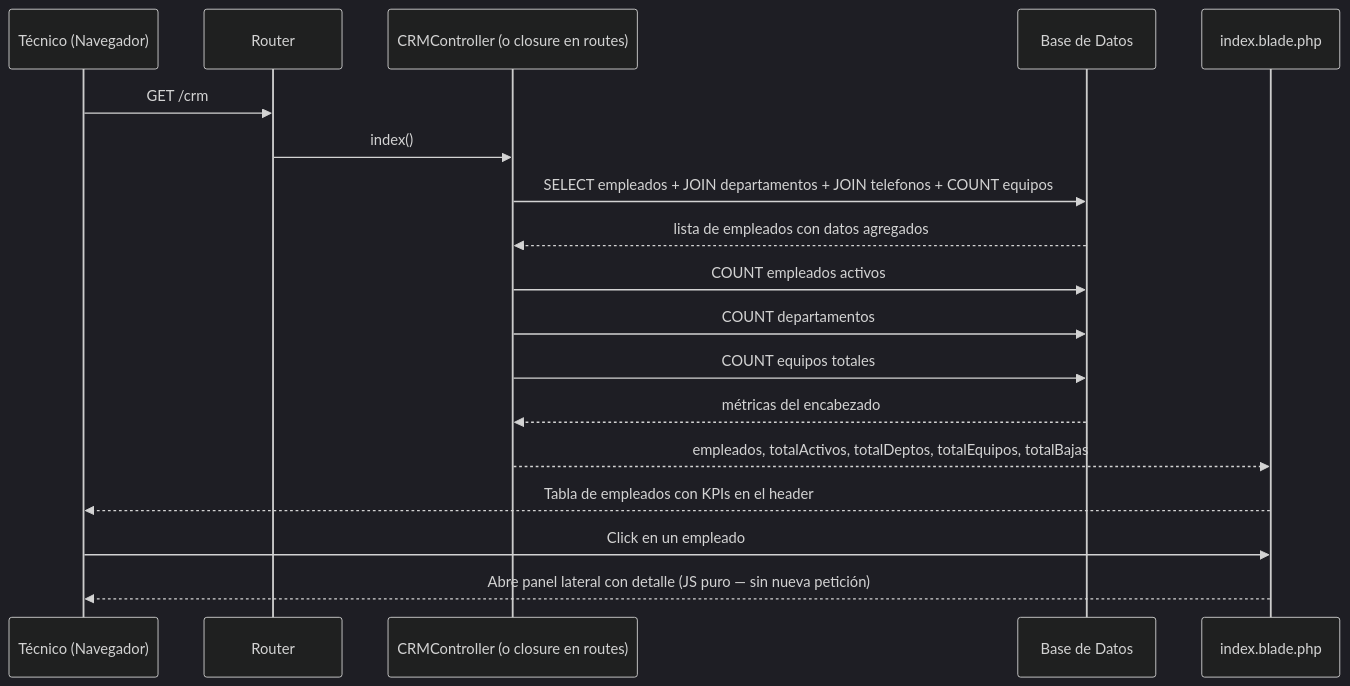
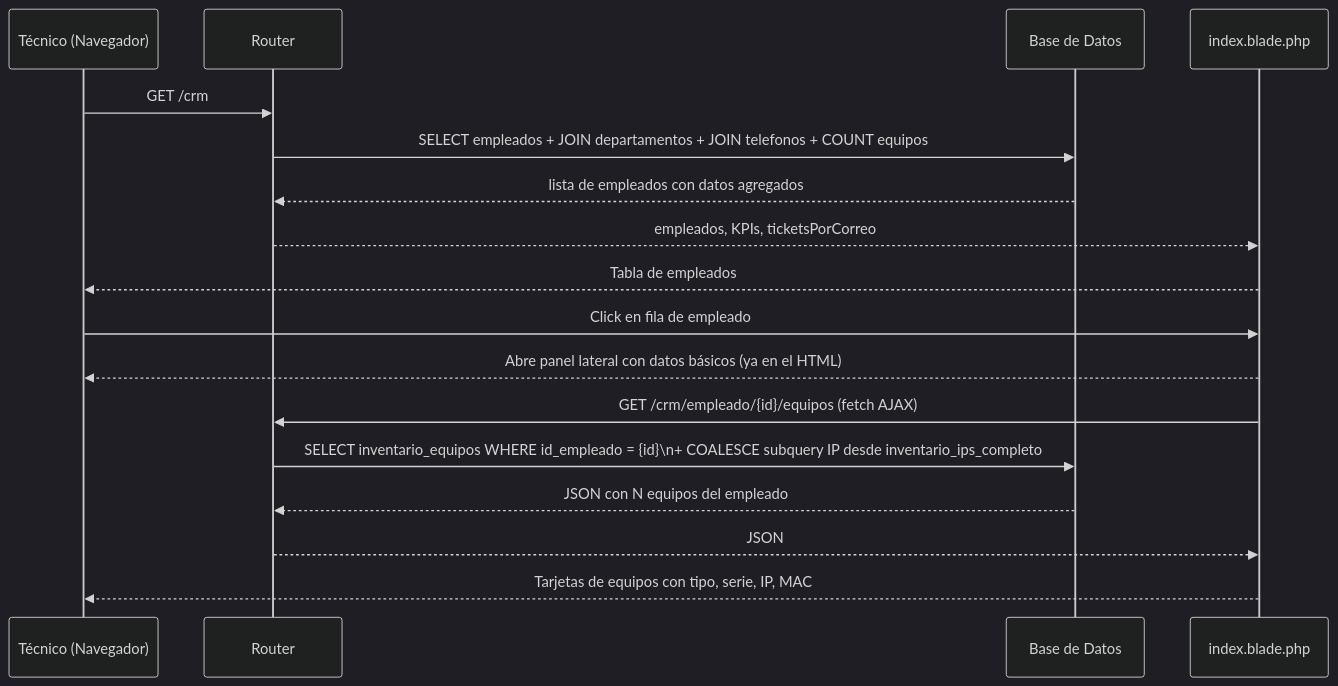
The diagram in IMJUnificado/Doc/modulo-crm.md (SoporteIMJUVE/IMJTickets), drawn with Mermaid (dark theme) before and after one commit. The commit also changed other lines of this file and 10 other files, not shown here.

````diff
--- a/IMJUnificado/Doc/modulo-crm.md
+++ b/IMJUnificado/Doc/modulo-crm.md
@@ -69,22 +72,21 @@
 ```mermaid
 sequenceDiagram
     participant T as Técnico (Navegador)
     participant R as Router
-    participant C as CRMController (o closure en routes)
     participant BD as Base de Datos
     participant V as index.blade.php
 
     T->>R: GET /crm
-    R->>C: index()
-    C->>BD: SELECT empleados + JOIN departamentos + JOIN telefonos + COUNT equipos
-    BD-->>C: lista de empleados con datos agregados
-    C->>BD: COUNT empleados activos
-    C->>BD: COUNT departamentos
-    C->>BD: COUNT equipos totales
-    BD-->>C: métricas del encabezado
-    C-->>V: empleados, totalActivos, totalDeptos, totalEquipos, totalBajas
-    V-->>T: Tabla de empleados con KPIs en el header
+    R->>BD: SELECT empleados + JOIN departamentos + JOIN telefonos + COUNT equipos
+    BD-->>R: lista de empleados con datos agregados
+    R-->>V: empleados, KPIs, ticketsPorCorreo
+    V-->>T: Tabla de empleados
 
-    T->>V: Click en un empleado
-    V-->>T: Abre panel lateral con detalle (JS puro — sin nueva petición)
+    T->>V: Click en fila de empleado
+    V-->>T: Abre panel lateral con datos básicos (ya en el HTML)
+    V->>R: GET /crm/empleado/{id}/equipos  (fetch AJAX)
+    R->>BD: SELECT inventario_equipos WHERE id_empleado = {id}\n+ COALESCE subquery IP desde inventario_ips_completo
+    BD-->>R: JSON con N equipos del empleado
+    R-->>V: JSON
+    V-->>T: Tarjetas de equipos con tipo, serie, IP, MAC
 ```
````
